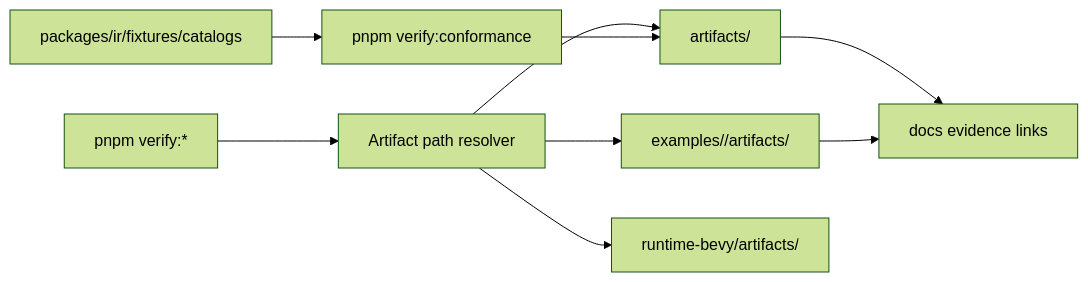
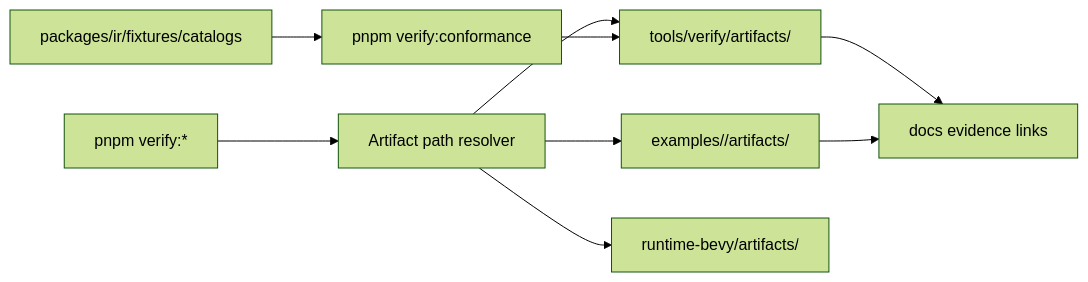
The first of 2 diagrams in docs/PRDs/other/artifact-fixture-layout-reorg.md (jonit-dev/threejs-to-bevy), drawn with Mermaid (forest theme) before and after one commit. The commit also changed other lines of this file and 393 other files, not shown here.

````diff
--- a/docs/PRDs/other/artifact-fixture-layout-reorg.md
+++ b/docs/PRDs/other/artifact-fixture-layout-reorg.md
@@ -141,11 +137,11 @@
 ```mermaid
 flowchart LR
     Gate[pnpm verify:*] --> Resolver[Artifact path resolver]
     Resolver --> Example[examples/<name>/artifacts/<gate>]
-    Resolver --> Aggregate[artifacts/<aggregate>]
+    Resolver --> Aggregate[tools/verify/artifacts/<gate>]
     Resolver --> Runtime[runtime-bevy/artifacts/<gate>]
     FixtureCatalog[packages/ir/fixtures/catalogs] --> Conformance[pnpm verify:conformance]
     Conformance --> Aggregate
     Aggregate --> Docs[docs evidence links]
     Example --> Docs
 ```
````
